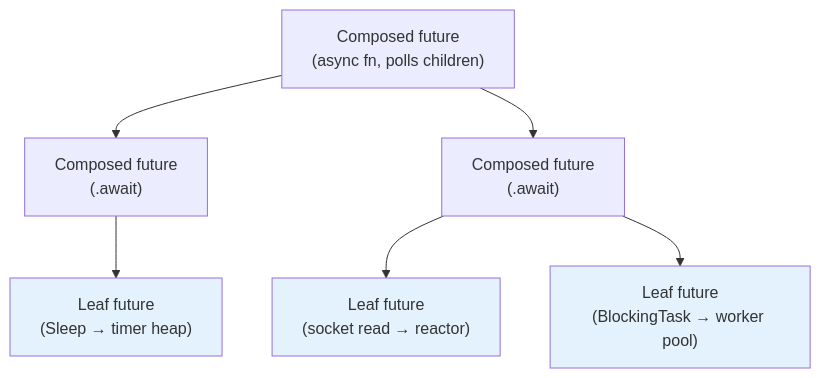
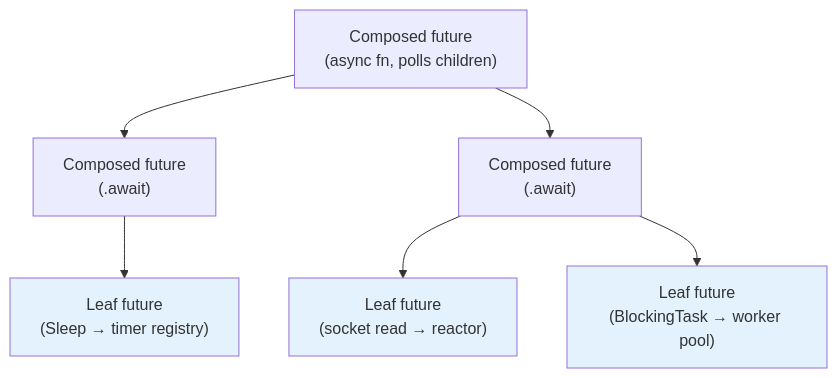
One commit to paulpeters144/mini-async-runtime changed the second of 10 diagrams in README.md. Above: the diagram before and after it, drawn with Mermaid. The commit also changed other lines of this file and 15 other files, not shown here.

First line of the commit message:
refactor: split time module and rename TimerHeap to TimerRegistry

````diff
--- a/README.md
+++ b/README.md
@@ -53,19 +53,19 @@
 ```mermaid
 flowchart TD
     Root["Composed future<br/>(async fn, polls children)"]
     A["Composed future<br/>(.await)"]
     B["Composed future<br/>(.await)"]
-    L1["Leaf future<br/>(Sleep → timer heap)"]
+    L1["Leaf future<br/>(Sleep → timer registry)"]
     L2["Leaf future<br/>(socket read → reactor)"]
     L3["Leaf future<br/>(BlockingTask → worker pool)"]
 
     Root --> A
     Root --> B
     A --> L1
     B --> L2
     B --> L3
 
     style L1 fill:#e3f2fd
     style L2 fill:#e3f2fd
     style L3 fill:#e3f2fd
 ```
````
